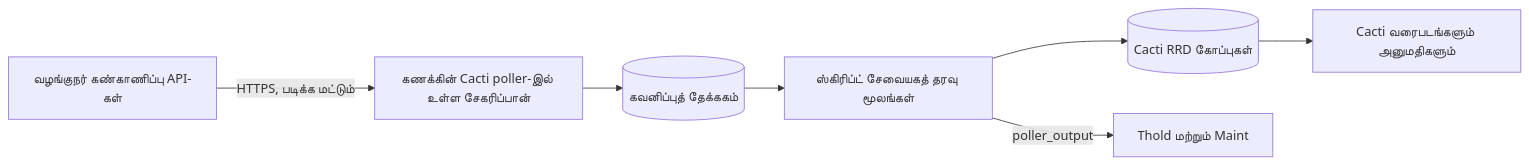
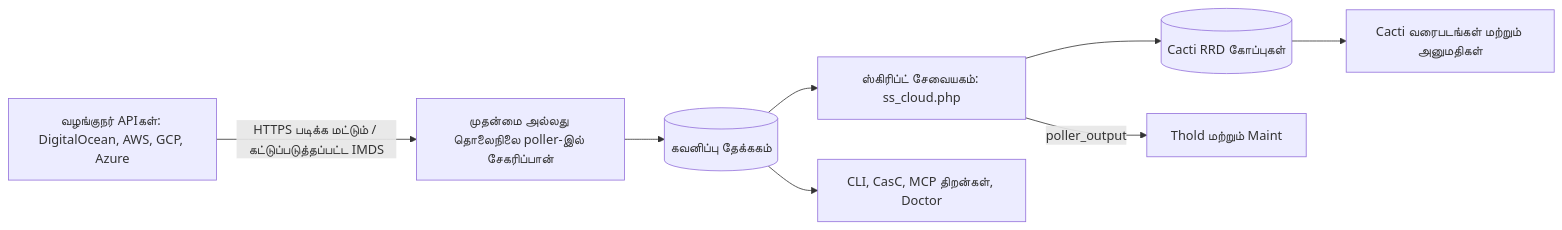
The diagram in docs/i18n/ta-IN/README.md (somethingwithproof/plugin_cloud), drawn with Mermaid before and after one commit. The commit also changed other lines of this file and 48 other files, not shown here.

First line of the commit message:
docs(readme): document AWS, GCP, Azure drivers, remote collectors, and ecosystem hooks

````diff
--- a/docs/i18n/ta-IN/README.md
+++ b/docs/i18n/ta-IN/README.md
@@ -100,9 +148,10 @@
 ```mermaid
 flowchart LR
-    API["வழங்குநர் கண்காணிப்பு API-கள்"] -->|HTTPS, படிக்க மட்டும்| C["கணக்கின் Cacti poller-இல் உள்ள சேகரிப்பான்"]
-    C --> O[("கவனிப்புத் தேக்ககம்")]
-    O --> SS["ஸ்கிரிப்ட் சேவையகத் தரவு மூலங்கள்"]
-    SS --> RRD[("Cacti RRD கோப்புகள்")]
-    SS -->|poller_output| T["Thold மற்றும் Maint"]
-    RRD --> G["Cacti வரைபடங்களும் அனுமதிகளும்"]
+    API[வழங்குநர் APIகள்: DigitalOcean, AWS, GCP, Azure] -->|HTTPS படிக்க மட்டும் / கட்டுப்படுத்தப்பட்ட IMDS| C[முதன்மை அல்லது தொலைநிலை poller-இல் சேகரிப்பான்]
+    C --> O[(கவனிப்பு தேக்ககம்)]
+    O --> SS[ஸ்கிரிப்ட் சேவையகம்: ss_cloud.php]
+    SS --> RRD[(Cacti RRD கோப்புகள்)]
+    SS -->|poller_output| T[Thold மற்றும் Maint]
+    RRD --> G[Cacti வரைபடங்கள் மற்றும் அனுமதிகள்]
+    O --> ECO[CLI, CasC, MCP திறன்கள், Doctor]
 ```
````
